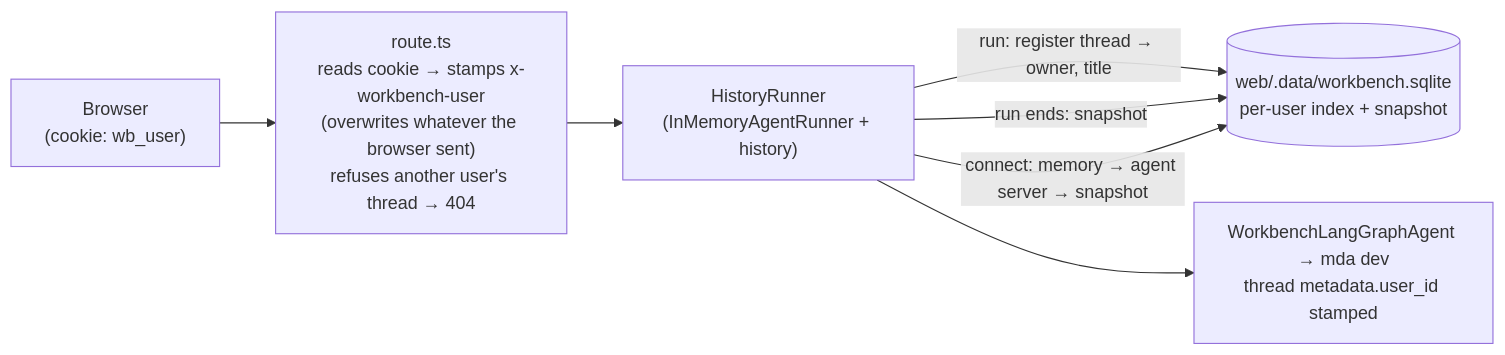
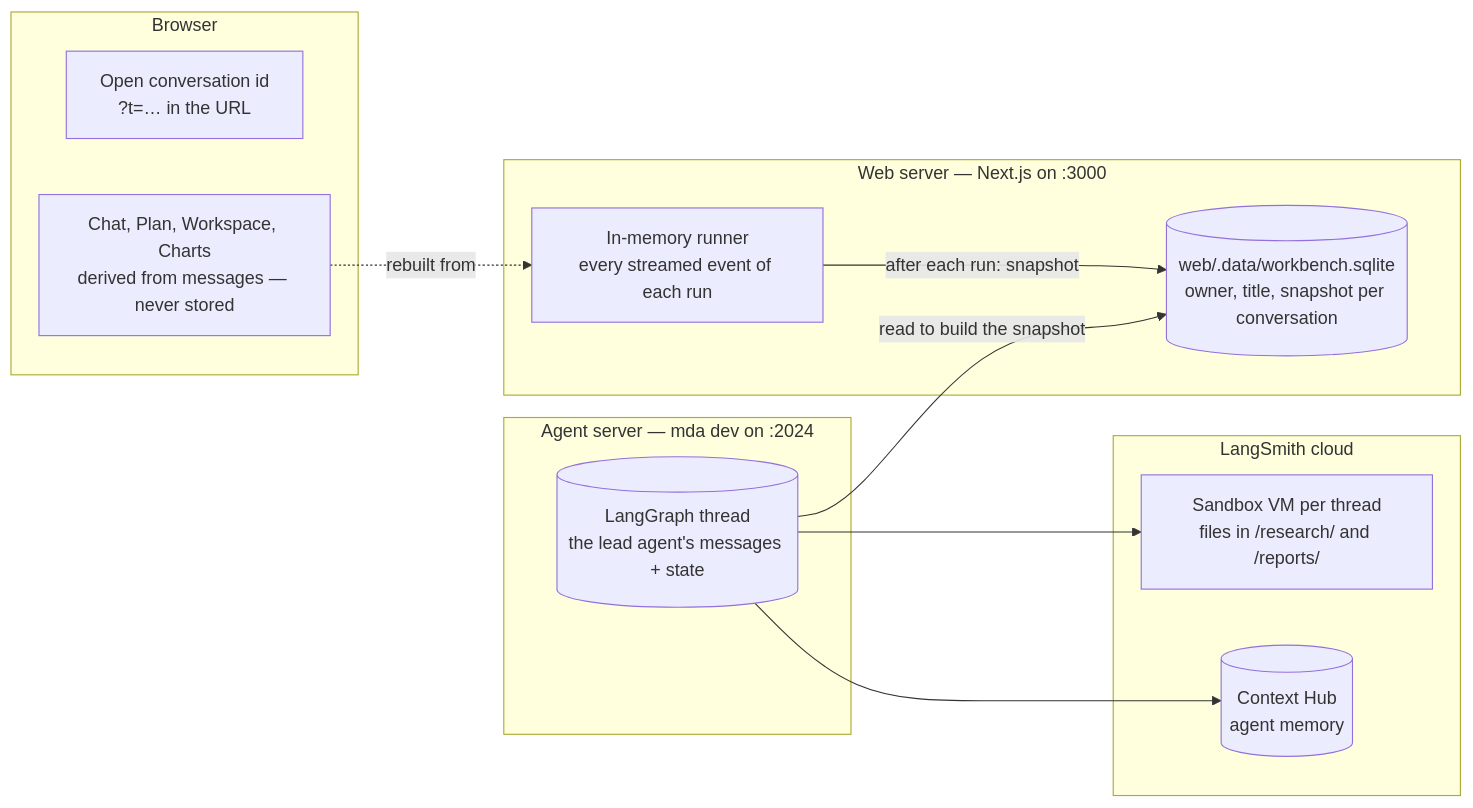
The fourth of 6 diagrams in README.md (jzamalloa1/intelligence-workbench), drawn with Mermaid before and after one commit. The commit also changed other lines of this file and 3 other files, not shown here.

First line of the commit message:
Diagrams for users, conversations and sandboxes; fix a broken diagram

````diff
--- a/README.md
+++ b/README.md
@@ -245,9 +279,23 @@
 ```mermaid
 flowchart LR
-    B["Browser\n(cookie: wb_user)"] --> R["route.ts\nreads cookie → stamps x-workbench-user\n(overwrites whatever the browser sent)\nrefuses another user's thread → 404"]
-    R --> H["HistoryRunner\n(InMemoryAgentRunner + history)"]
-    H -->|"run: register thread → owner, title"| DB[("web/.data/workbench.sqlite\nper-user index + snapshot")]
-    H -->|"run ends: snapshot"| DB
-    H --> A["WorkbenchLangGraphAgent → mda dev\nthread metadata.user_id stamped"]
-    H -->|"connect: memory → agent server → snapshot"| DB
+    subgraph BROWSER["Browser"]
+        URL["Open conversation id<br/>?t=… in the URL"]
+        PANELS["Chat, Plan, Workspace, Charts<br/>derived from messages — never stored"]
+    end
+    subgraph WEB["Web server — Next.js on :3000"]
+        MEMRUN["In-memory runner<br/>every streamed event of each run"]
+        DB[("web/.data/workbench.sqlite<br/>owner, title, snapshot per conversation")]
+    end
+    subgraph AGENT["Agent server — mda dev on :2024"]
+        LG[("LangGraph thread<br/>the lead agent's messages + state")]
+    end
+    subgraph REMOTE["LangSmith cloud"]
+        VM["Sandbox VM per thread<br/>files in /research/ and /reports/"]
+        HUB[("Context Hub<br/>agent memory")]
+    end
+    MEMRUN -->|"after each run: snapshot"| DB
+    LG -->|"read to build the snapshot"| DB
+    PANELS -.->|"rebuilt from"| MEMRUN
+    LG --> VM
+    LG --> HUB
 ```
````
